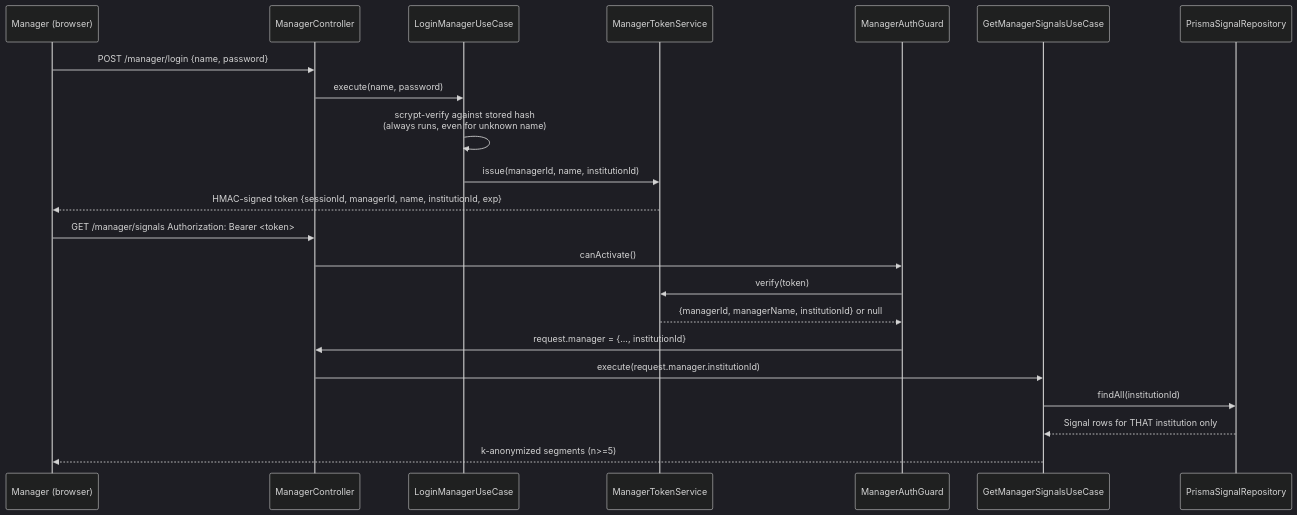
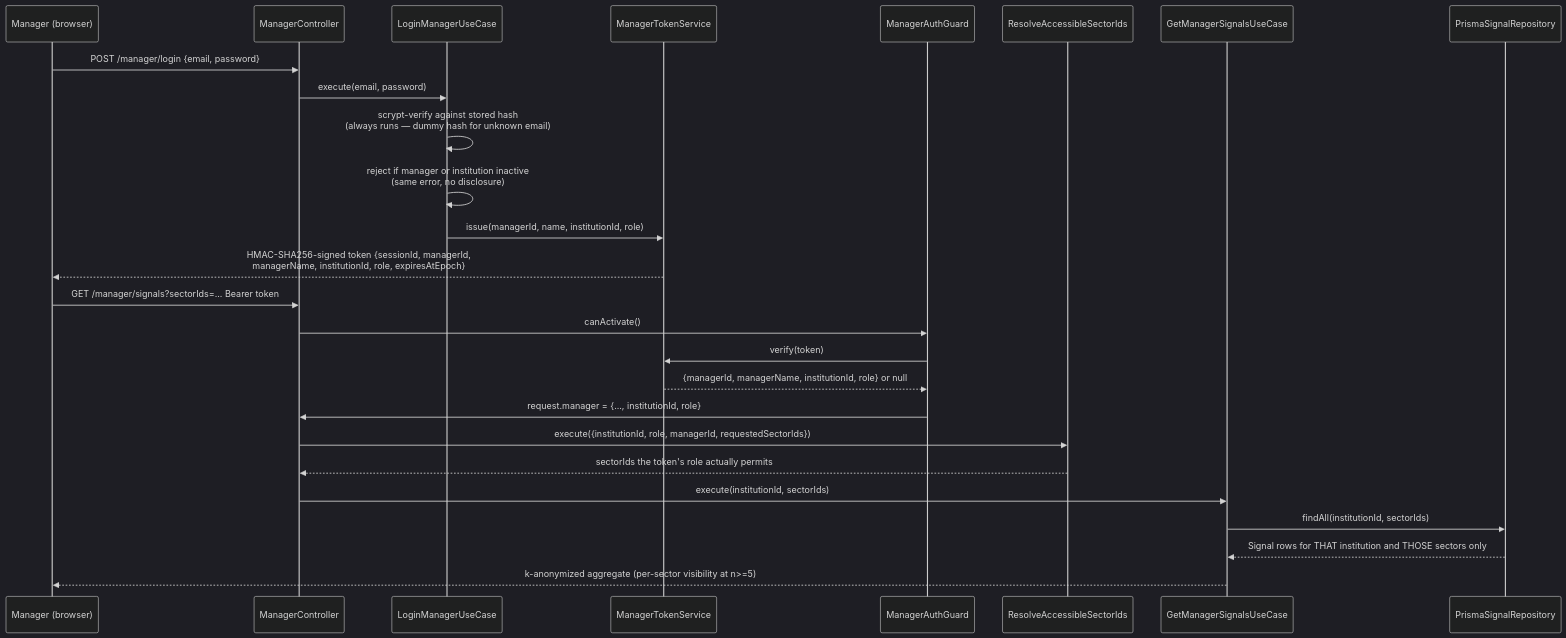
One commit to Develophys/zelo changed the second of 3 diagrams in general-documentations/architecture-reference.md. Above: the diagram before and after it, drawn with Mermaid (dark theme). The commit also changed other lines of this file and 1 other file, not shown here.

Commit message:
docs: resync architecture-reference.md against current repo state

````diff
--- a/general-documentations/architecture-reference.md
+++ b/general-documentations/architecture-reference.md
@@ -220,25 +320,29 @@
 ```mermaid
 sequenceDiagram
     participant M as Manager (browser)
     participant C as ManagerController
     participant L as LoginManagerUseCase
     participant T as ManagerTokenService
     participant G as ManagerAuthGuard
+    participant S as ResolveAccessibleSectorIds
     participant U as GetManagerSignalsUseCase
     participant R as PrismaSignalRepository
 
-    M->>C: POST /manager/login {name, password}
-    C->>L: execute(name, password)
-    L->>L: scrypt-verify against stored hash<br/>(always runs, even for unknown name)
-    L->>T: issue(managerId, name, institutionId)
-    T-->>M: HMAC-signed token {sessionId, managerId, name, institutionId, exp}
-    M->>C: GET /manager/signals  Authorization: Bearer <token>
+    M->>C: POST /manager/login {email, password}
+    C->>L: execute(email, password)
+    L->>L: scrypt-verify against stored hash<br/>(always runs — dummy hash for unknown email)
+    L->>L: reject if manager or institution inactive<br/>(same error, no disclosure)
+    L->>T: issue(managerId, name, institutionId, role)
+    T-->>M: HMAC-SHA256-signed token {sessionId, managerId,<br/>managerName, institutionId, role, expiresAtEpoch}
+    M->>C: GET /manager/signals?sectorIds=... Bearer token
     C->>G: canActivate()
     G->>T: verify(token)
-    T-->>G: {managerId, managerName, institutionId} or null
-    G->>C: request.manager = {..., institutionId}
-    C->>U: execute(request.manager.institutionId)
-    U->>R: findAll(institutionId)
-    R-->>U: Signal rows for THAT institution only
-    U-->>M: k-anonymized segments (n>=5)
+    T-->>G: {managerId, managerName, institutionId, role} or null
+    G->>C: request.manager = {..., institutionId, role}
+    C->>S: execute({institutionId, role, managerId, requestedSectorIds})
+    S-->>C: sectorIds the token's role actually permits
+    C->>U: execute(institutionId, sectorIds)
+    U->>R: findAll(institutionId, sectorIds)
+    R-->>U: Signal rows for THAT institution and THOSE sectors only
+    U-->>M: k-anonymized aggregate (per-sector visibility at n>=5)
 ```
````
